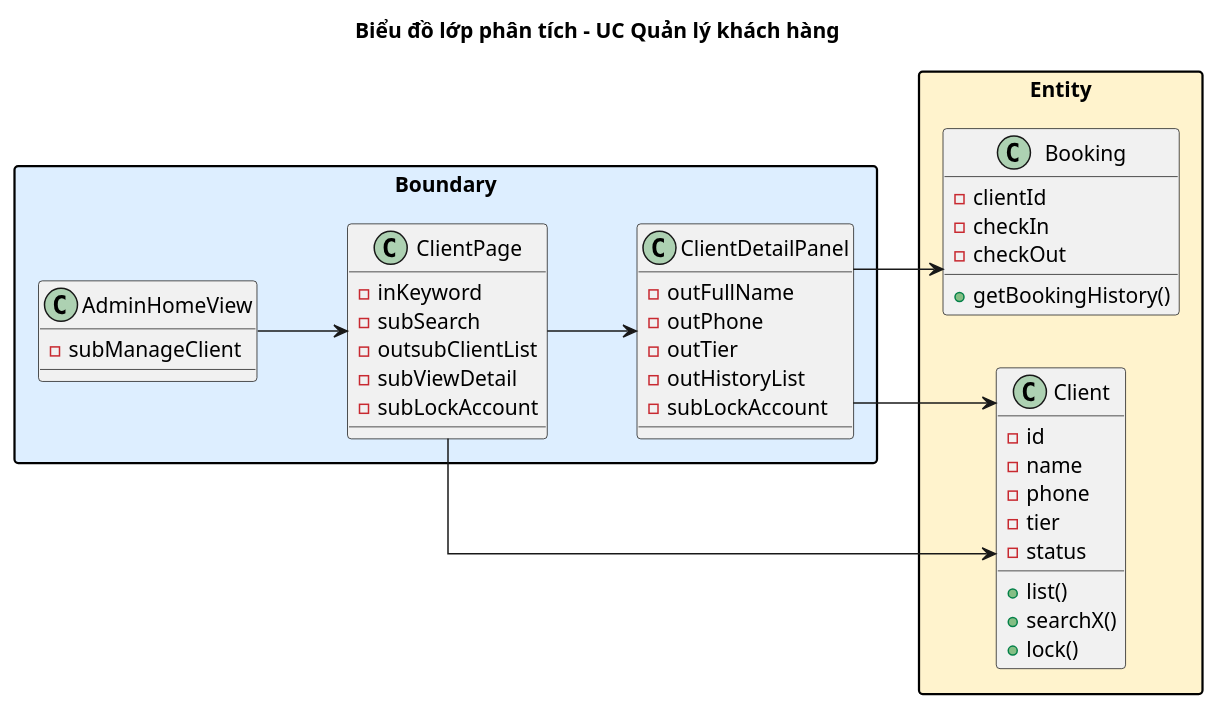
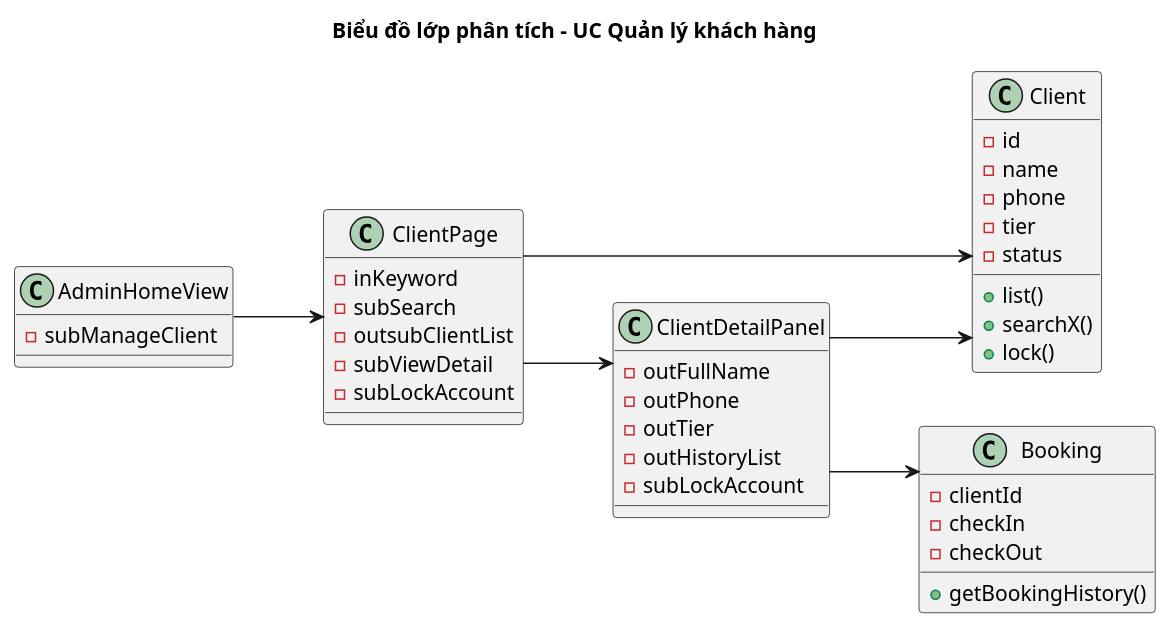
One commit to thanhtrnnn/cnpm changed the second of 2 diagrams in .claude/skills/cnpm/references/ii.3_sodo_lop_phantich.md. Above: the diagram before and after it, drawn with PlantUML. The commit also changed other lines of this file and 5 other files, not shown here.

First line of the commit message:
feat: Dialog font, white boxes, no package colors in class diagrams

````diff
--- a/.claude/skills/cnpm/references/ii.3_sodo_lop_phantich.md
+++ b/.claude/skills/cnpm/references/ii.3_sodo_lop_phantich.md
@@ -137,54 +133,50 @@
 ```plantuml
 @startuml
 left to right direction
 skinparam linetype ortho
 skinparam packageStyle rectangle
 
 title Biểu đồ lớp phân tích – UC Quản lý khách hàng
 
-package "Boundary" #DDEEFF {
-  class AdminHomeView {
-    -subManageClient
-  }
-  class ClientPage {
-    -inKeyword
-    -subSearch
-    -outsubClientList
-    -subViewDetail
-    -subLockAccount
-  }
-  class ClientDetailPanel {
-    -outFullName
-    -outPhone
-    -outTier
-    -outHistoryList
-    -subLockAccount
-  }
+class AdminHomeView {
+  -subManageClient
+}
+class ClientPage {
+  -inKeyword
+  -subSearch
+  -outsubClientList
+  -subViewDetail
+  -subLockAccount
+}
+class ClientDetailPanel {
+  -outFullName
+  -outPhone
+  -outTier
+  -outHistoryList
+  -subLockAccount
 }
 
-package "Entity" #FFF3CD {
-  class Client {
-    -id
-    -name
-    -phone
-    -tier
-    -status
-    +list()
-    +searchX()
-    +lock()
-  }
-  class Booking {
-    -clientId
-    -checkIn
-    -checkOut
-    +getBookingHistory()
-  }
+class Client {
+  -id
+  -name
+  -phone
+  -tier
+  -status
+  +list()
+  +searchX()
+  +lock()
+}
+class Booking {
+  -clientId
+  -checkIn
+  -checkOut
+  +getBookingHistory()
 }
 
 AdminHomeView --> ClientPage
 ClientPage --> ClientDetailPanel
 ClientPage --> Client
 ClientDetailPanel --> Client
 ClientDetailPanel --> Booking
 @enduml
 ```
````
